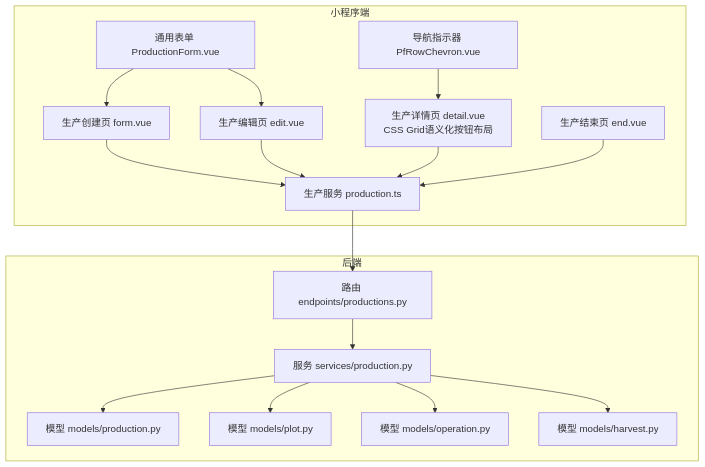
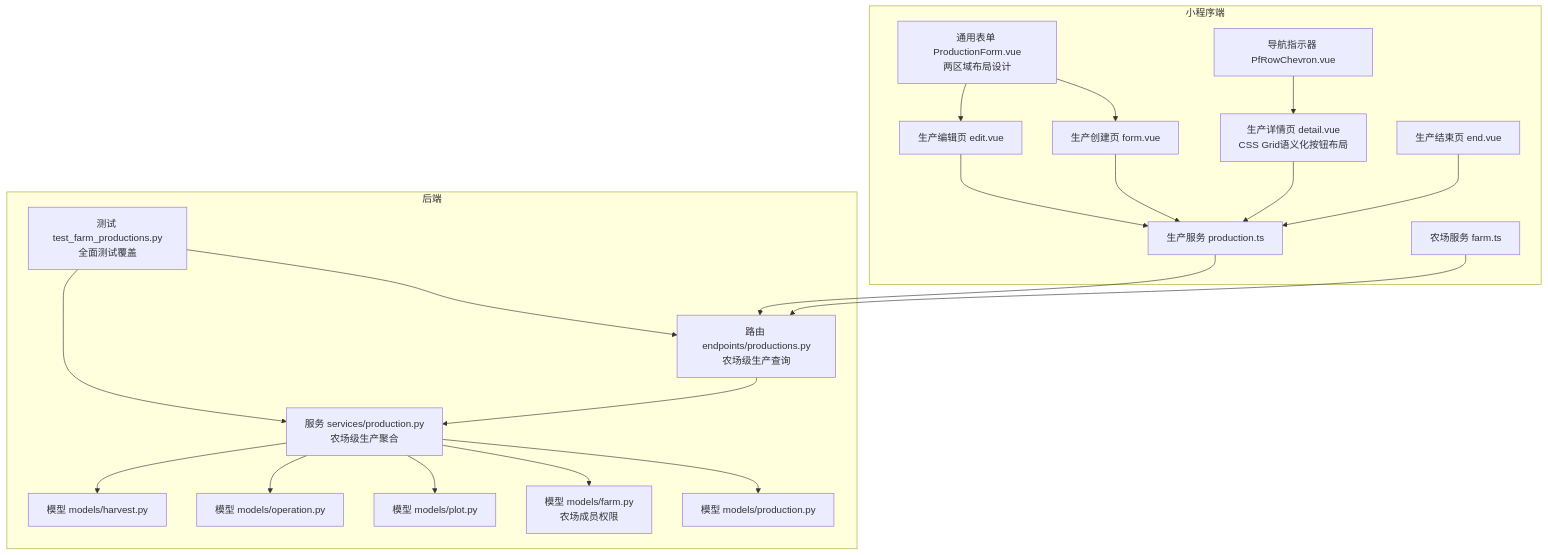
The first of 8 diagrams in .qoder/repowiki/zh/content/前端应用/生产跟踪模块.md (wungjyan/pocket-farm), drawn with Mermaid before and after one commit. The commit also changed other lines of this file and 198 other files, not shown here.

````diff
--- a/.qoder/repowiki/zh/content/前端应用/生产跟踪模块.md
+++ b/.qoder/repowiki/zh/content/前端应用/生产跟踪模块.md
@@ -57,33 +58,40 @@
 ```mermaid
 graph TB
 subgraph "小程序端"
 P_form["生产创建页 form.vue"]
 P_detail["生产详情页 detail.vue<br/>CSS Grid语义化按钮布局"]
 P_edit["生产编辑页 edit.vue"]
 P_end["生产结束页 end.vue"]
-C_form["通用表单 ProductionForm.vue"]
+C_form["通用表单 ProductionForm.vue<br/>两区域布局设计"]
 C_chevron["导航指示器 PfRowChevron.vue"]
 S_prod["生产服务 production.ts"]
+S_farm["农场服务 farm.ts"]
 end
 subgraph "后端"
-E_productions["路由 endpoints/productions.py"]
-Svc_prod["服务 services/production.py"]
+E_productions["路由 endpoints/productions.py<br/>农场级生产查询"]
+Svc_prod["服务 services/production.py<br/>农场级生产聚合"]
 M_prod["模型 models/production.py"]
+M_farm["模型 models/farm.py<br/>农场成员权限"]
 M_plot["模型 models/plot.py"]
 M_op["模型 models/operation.py"]
 M_harv["模型 models/harvest.py"]
+T_tests["测试 test_farm_productions.py<br/>全面测试覆盖"]
 end
 P_form --> S_prod
 P_detail --> S_prod
 P_edit --> S_prod
 P_end --> S_prod
 C_form --> P_form
 C_form --> P_edit
 C_chevron --> P_detail
 S_prod --> E_productions
+S_farm --> E_productions
 E_productions --> Svc_prod
 Svc_prod --> M_prod
+Svc_prod --> M_farm
 Svc_prod --> M_plot
 Svc_prod --> M_op
 Svc_prod --> M_harv
+T_tests --> E_productions
+T_tests --> Svc_prod
 ```
````
